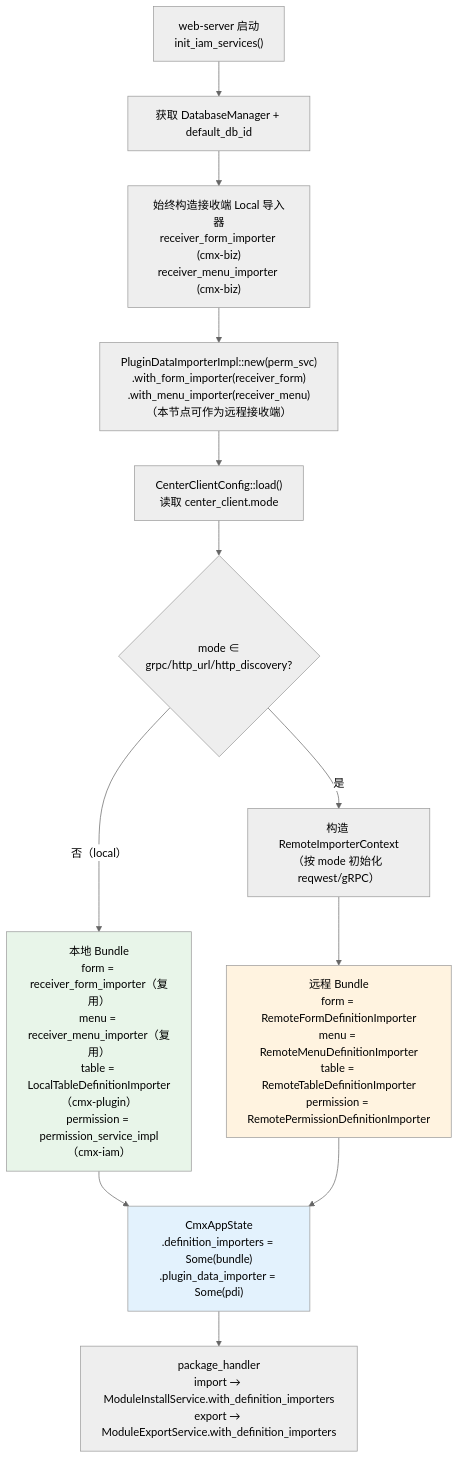
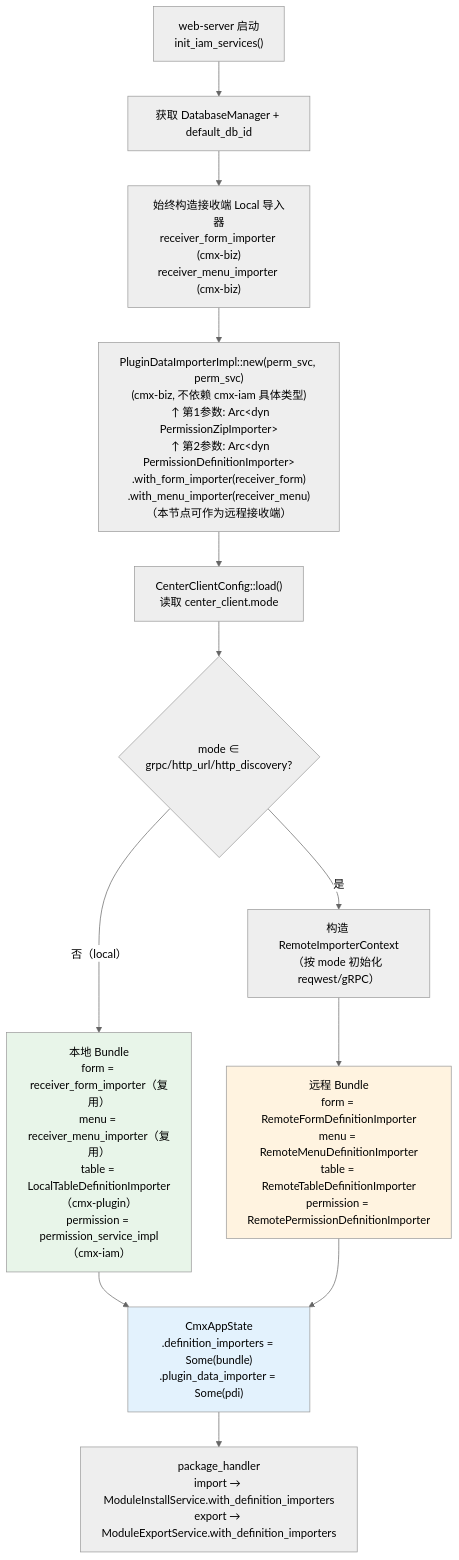
The fifth of 7 diagrams in .trae/documents/20260703_cmx-plugin_模块导入导出流程图.md (warpdrivelabs/cmx-container), drawn with Mermaid (neutral theme) before and after one commit. The commit also changed other lines of this file and 10 other files, not shown here.

First line of the commit message:
refactor(cmx-biz): PluginDataImporterImpl 从 cmx-iam 迁移至 cmx-biz

````diff
--- a/.trae/documents/20260703_cmx-plugin_模块导入导出流程图.md
+++ b/.trae/documents/20260703_cmx-plugin_模块导入导出流程图.md
@@ -178,26 +180,26 @@
 ```mermaid
 flowchart TD
     START["web-server 启动<br/>init_iam_services()"] --> MM["获取 DatabaseManager + default_db_id"]
 
     MM --> RECV["始终构造接收端 Local 导入器<br/>receiver_form_importer (cmx-biz)<br/>receiver_menu_importer (cmx-biz)"]
 
-    RECV --> PDI["PluginDataImporterImpl::new(perm_svc)<br/>.with_form_importer(receiver_form)<br/>.with_menu_importer(receiver_menu)<br/>（本节点可作为远程接收端）"]
+    RECV --> PDI["PluginDataImporterImpl::new(perm_svc, perm_svc)<br/>(cmx-biz, 不依赖 cmx-iam 具体类型)<br/>  ↑ 第1参数: Arc&lt;dyn PermissionZipImporter&gt;<br/>  ↑ 第2参数: Arc&lt;dyn PermissionDefinitionImporter&gt;<br/>.with_form_importer(receiver_form)<br/>.with_menu_importer(receiver_menu)<br/>（本节点可作为远程接收端）"]
 
     PDI --> MODE["CenterClientConfig::load()<br/>读取 center_client.mode"]
 
     MODE --> IS_REMOTE{"mode ∈<br/>grpc/http_url/http_discovery?"}
 
     IS_REMOTE -->|否（local）| LOCAL_BUNDLE["本地 Bundle<br/>form = receiver_form_importer（复用）<br/>menu = receiver_menu_importer（复用）<br/>table = LocalTableDefinitionImporter（cmx-plugin）<br/>permission = permission_service_impl（cmx-iam）"]
 
     IS_REMOTE -->|是| REMOTE_CTX["构造 RemoteImporterContext<br/>（按 mode 初始化 reqwest/gRPC）"]
     REMOTE_CTX --> REMOTE_BUNDLE["远程 Bundle<br/>form = RemoteFormDefinitionImporter<br/>menu = RemoteMenuDefinitionImporter<br/>table = RemoteTableDefinitionImporter<br/>permission = RemotePermissionDefinitionImporter"]
 
     LOCAL_BUNDLE --> STATE["CmxAppState<br/>.definition_importers = Some(bundle)<br/>.plugin_data_importer = Some(pdi)"]
     REMOTE_BUNDLE --> STATE
 
     STATE --> HANDLER["package_handler<br/>import → ModuleInstallService.with_definition_importers<br/>export → ModuleExportService.with_definition_importers"]
 
     style LOCAL_BUNDLE fill:#e8f5e9
     style REMOTE_BUNDLE fill:#fff3e0
     style STATE fill:#e3f2fd
 ```
````
